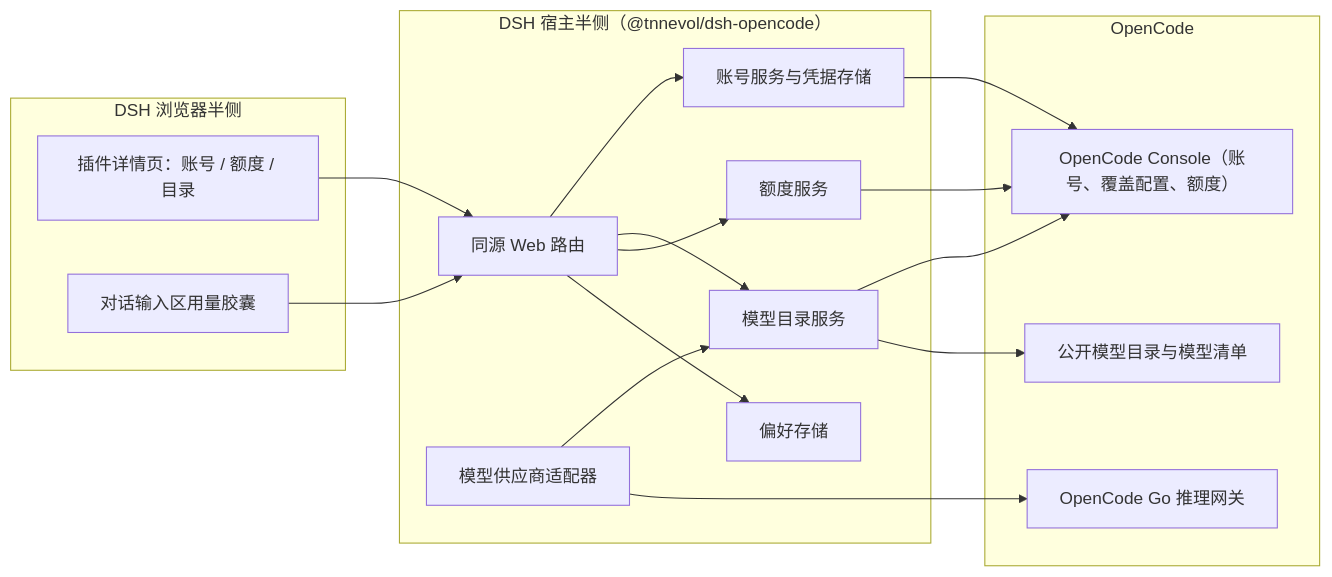
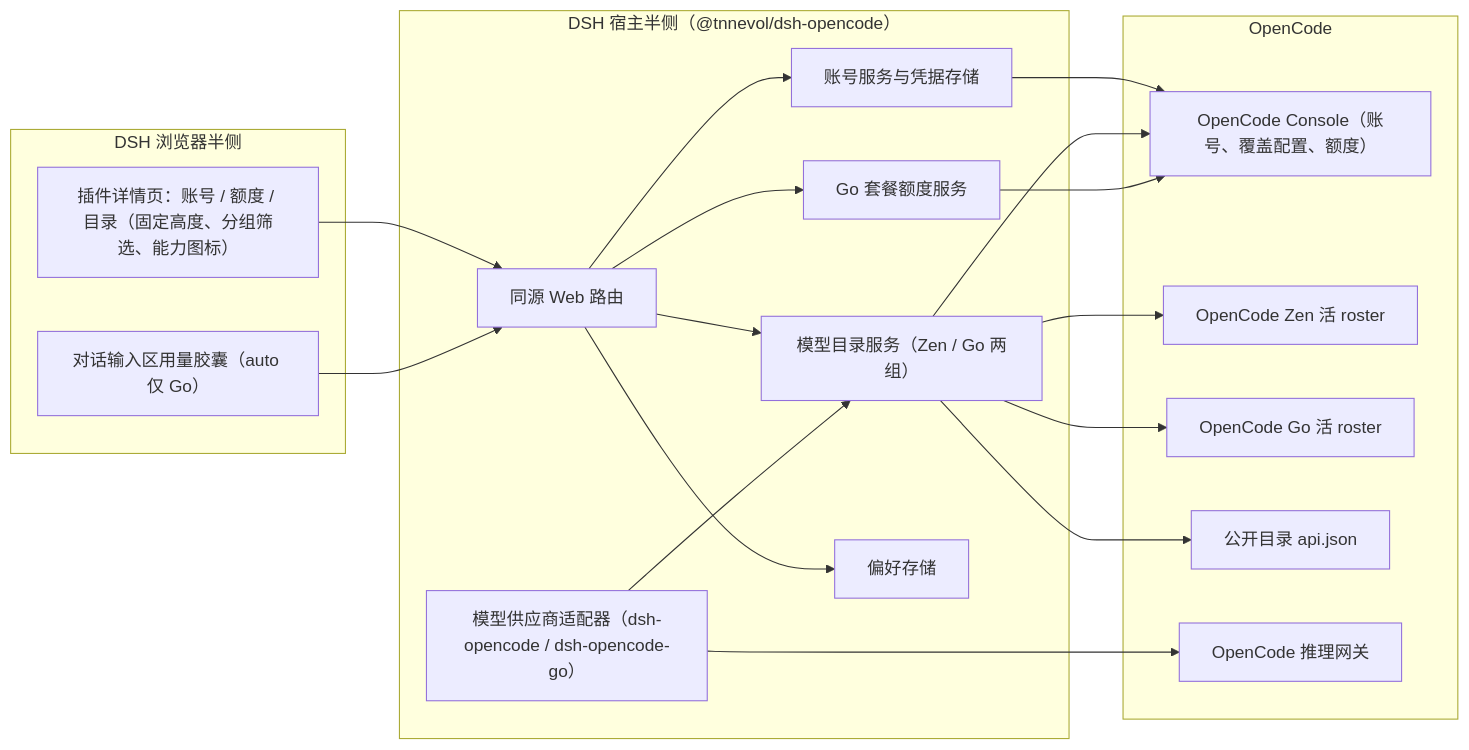
The third of 5 diagrams in docs/plans/PLAN-FNOS-026-dsh-opencode-plugin.md (FNOSP/fnos-dsh), drawn with Mermaid before and after one commit. The commit also changed other lines of this file and 32 other files, not shown here.

First line of the commit message:
feat(opencode): 拆分 Zen/Go 双供应商，修复路由冲突并重做模型列表

````diff
--- a/docs/plans/PLAN-FNOS-026-dsh-opencode-plugin.md
+++ b/docs/plans/PLAN-FNOS-026-dsh-opencode-plugin.md
@@ -66,32 +107,36 @@
 ```mermaid
 flowchart LR
   subgraph Client["DSH 浏览器半侧"]
-    Page["插件详情页：账号 / 额度 / 目录"]
-    Pill["对话输入区用量胶囊"]
+    Page["插件详情页：账号 / 额度 / 目录（固定高度、分组筛选、能力图标）"]
+    Pill["对话输入区用量胶囊（auto 仅 Go）"]
   end
   subgraph Host["DSH 宿主半侧（@tnnevol/dsh-opencode）"]
     Routes["同源 Web 路由"]
     Auth["账号服务与凭据存储"]
-    Directory["模型目录服务"]
-    Usage["额度服务"]
+    Directory["模型目录服务（Zen / Go 两组）"]
+    Usage["Go 套餐额度服务"]
     Prefs["偏好存储"]
-    Adapter["模型供应商适配器"]
+    Adapter["模型供应商适配器（dsh-opencode / dsh-opencode-go）"]
   end
   subgraph Upstream["OpenCode"]
     Console["OpenCode Console（账号、覆盖配置、额度）"]
-    Public["公开模型目录与模型清单"]
-    Gateway["OpenCode Go 推理网关"]
+    ZenRoster["OpenCode Zen 活 roster"]
+    GoRoster["OpenCode Go 活 roster"]
+    Public["公开目录 api.json"]
+    Gateway["OpenCode 推理网关"]
   end
   Page --> Routes
   Pill --> Routes
   Routes --> Auth
   Routes --> Directory
   Routes --> Usage
   Routes --> Prefs
   Auth --> Console
   Directory --> Console
+  Directory --> ZenRoster
+  Directory --> GoRoster
   Directory --> Public
   Usage --> Console
   Adapter --> Directory
   Adapter --> Gateway
 ```
````
